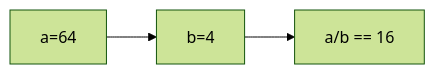
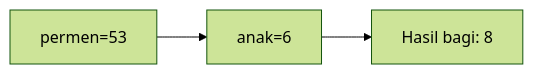
Diagram 12 of 25 in part-c-pemahaman-cpp/01-tipe-data/latihan/set-09.md (amnahwaida/OSNK_INF_PREP), drawn with Mermaid (forest theme) before and after one commit. The commit also changed other lines of this file and 71 other files, not shown here.

````diff
--- a/part-c-pemahaman-cpp/01-tipe-data/latihan/set-09.md
+++ b/part-c-pemahaman-cpp/01-tipe-data/latihan/set-09.md
@@ -322,5 +337,5 @@
 ```mermaid
 graph LR
-A["a=64"] --> B["b=4"]
-B --> C["a/b == 16"]
+A["permen=53"] --> B["anak=6"]
+B --> C["Hasil bagi: 8"]
 ```
````
